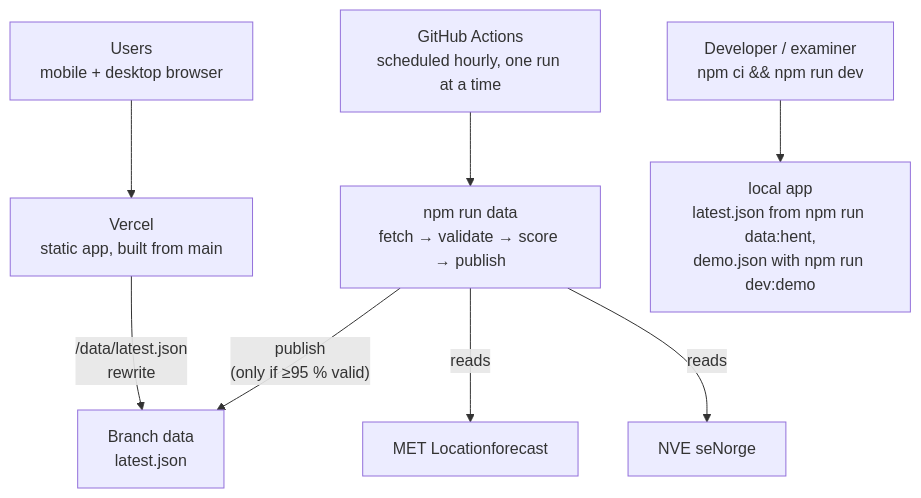
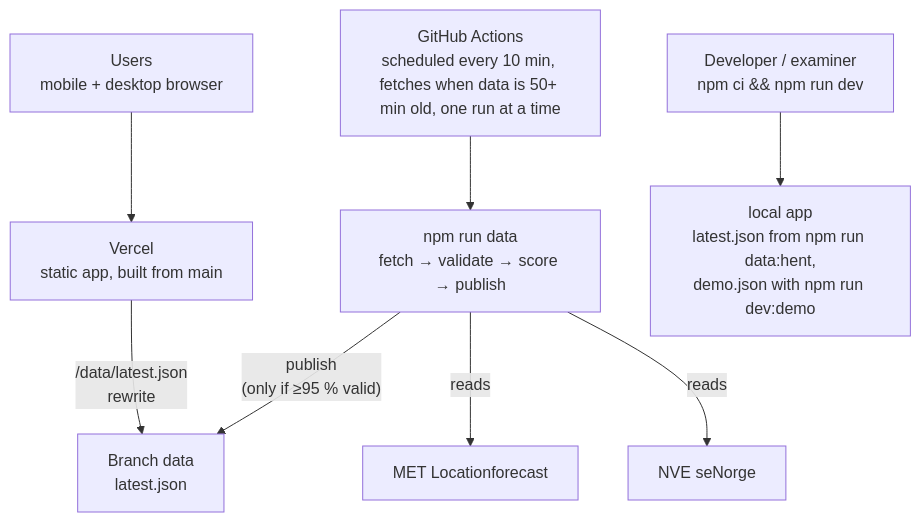
One commit to IBE160-2026/G18-bikila-dymbe-gela-james changed the second of 2 diagrams in project-workspace/planning-artifacts/architecture/architecture-G18-bikila-dymbe-gela-james-2026-09-22/ARCHITECTURE-SPINE.md. Above: the diagram before and after it, drawn with Mermaid. The commit also changed other lines of this file and 14 other files, not shown here.

````diff
--- a/project-workspace/planning-artifacts/architecture/architecture-G18-bikila-dymbe-gela-james-2026-09-22/ARCHITECTURE-SPINE.md
+++ b/project-workspace/planning-artifacts/architecture/architecture-G18-bikila-dymbe-gela-james-2026-09-22/ARCHITECTURE-SPINE.md
@@ -341,10 +344,10 @@
 ```mermaid
 flowchart TB
     U["Users<br/>mobile + desktop browser"] --> VERCEL["Vercel<br/>static app, built from main"]
     VERCEL -- "/data/latest.json<br/>rewrite" --> BRANCH["Branch data<br/>latest.json"]
-    CRON["GitHub Actions<br/>scheduled hourly, one run at a time"] --> RUN["npm run data<br/>fetch → validate → score → publish"]
+    CRON["GitHub Actions<br/>scheduled every 10 min, fetches when data is 50+ min old, one run at a time"] --> RUN["npm run data<br/>fetch → validate → score → publish"]
     RUN -- "reads" --> MET["MET Locationforecast"]
     RUN -- "reads" --> NVE["NVE seNorge"]
     RUN -- "publish<br/>(only if ≥95 % valid)" --> BRANCH
     DEV["Developer / examiner<br/>npm ci && npm run dev"] --> LOCAL["local app<br/>latest.json from npm run data:hent,<br/>demo.json with npm run dev:demo"]
 ```
````
